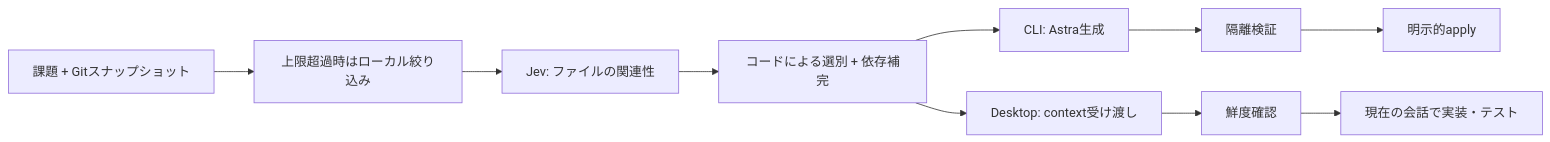
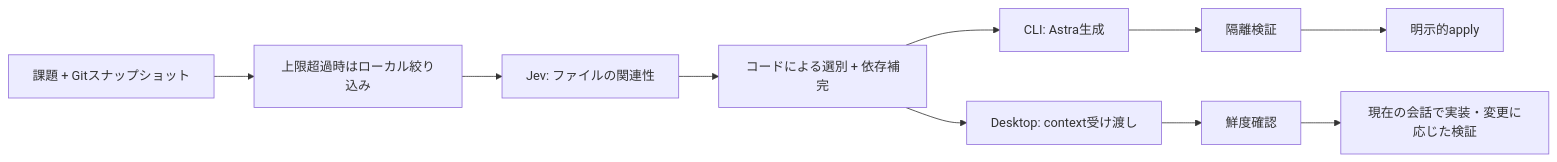
Before and after one commit to Oranquelui/astra-jev-harness: the diagram in README-ja.md, drawn with Mermaid. The commit also changed other lines of this file and 9 other files, not shown here.

````diff
--- a/README-ja.md
+++ b/README-ja.md
@@ -220,12 +224,12 @@
 ```mermaid
 flowchart LR
   T[課題 + Gitスナップショット] --> S[上限超過時はローカル絞り込み]
   S --> J[Jev: ファイルの関連性]
   J --> P[コードによる選別 + 依存補完]
   P --> C[CLI: Astra生成]
   C --> V[隔離検証]
   V --> A[明示的apply]
   P --> D[Desktop: context受け渡し]
   D --> F[鮮度確認]
-  F --> E[現在の会話で実装・テスト]
+  F --> E[現在の会話で実装・変更に応じた検証]
 ```
````
